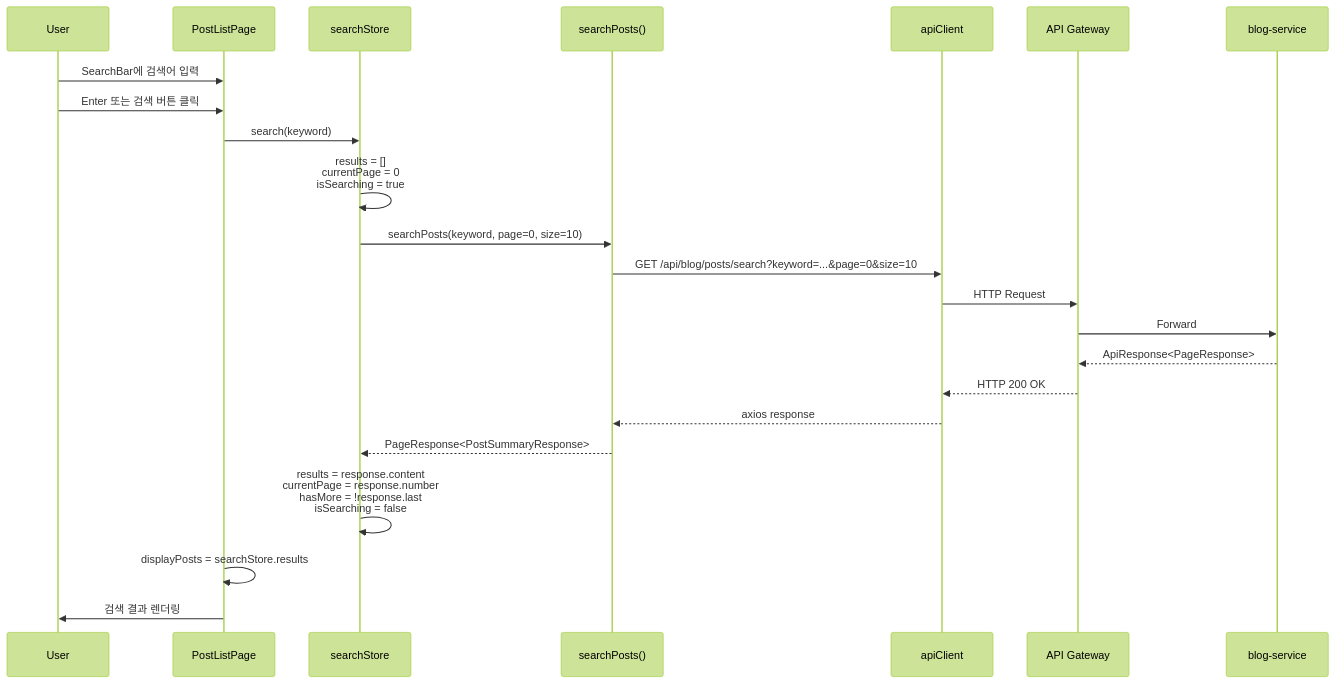
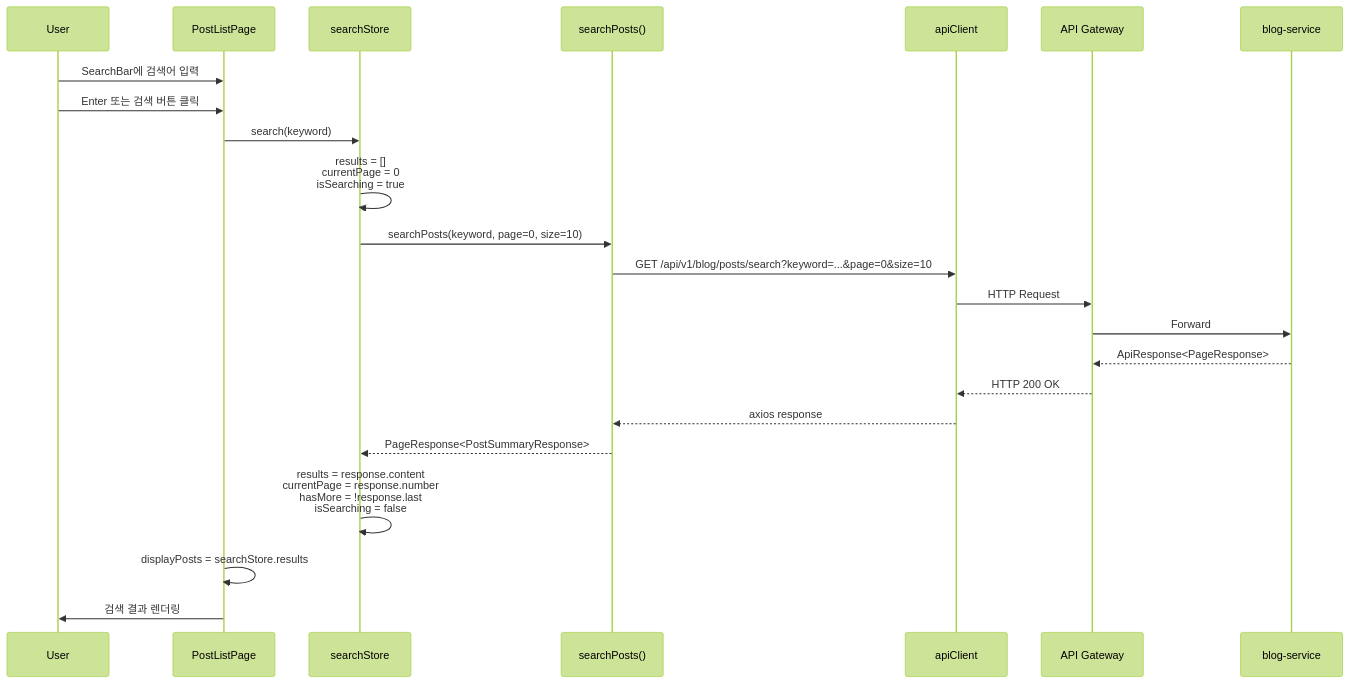
The seventh of 10 diagrams in frontend/blog-frontend/docs/architecture/data-flow.md (L-a-z-e/portal-universe), drawn with Mermaid (forest theme) before and after one commit. The commit also changed other lines of this file and 15 other files, not shown here.

````diff
--- a/frontend/blog-frontend/docs/architecture/data-flow.md
+++ b/frontend/blog-frontend/docs/architecture/data-flow.md
@@ -253,26 +253,26 @@
 ```mermaid
 sequenceDiagram
     participant U as User
     participant C as PostListPage
     participant SS as searchStore
     participant A as searchPosts()
     participant AC as apiClient
     participant G as API Gateway
     participant S as blog-service
 
     U->>C: SearchBar에 검색어 입력
     U->>C: Enter 또는 검색 버튼 클릭
     C->>SS: search(keyword)
     SS->>SS: results = []<br/>currentPage = 0<br/>isSearching = true
     SS->>A: searchPosts(keyword, page=0, size=10)
-    A->>AC: GET /api/blog/posts/search?keyword=...&page=0&size=10
+    A->>AC: GET /api/v1/blog/posts/search?keyword=...&page=0&size=10
     AC->>G: HTTP Request
     G->>S: Forward
     S-->>G: ApiResponse<PageResponse>
     G-->>AC: HTTP 200 OK
     AC-->>A: axios response
     A-->>SS: PageResponse<PostSummaryResponse>
     SS->>SS: results = response.content<br/>currentPage = response.number<br/>hasMore = !response.last<br/>isSearching = false
     C->>C: displayPosts = searchStore.results
     C->>U: 검색 결과 렌더링
 ```
````
